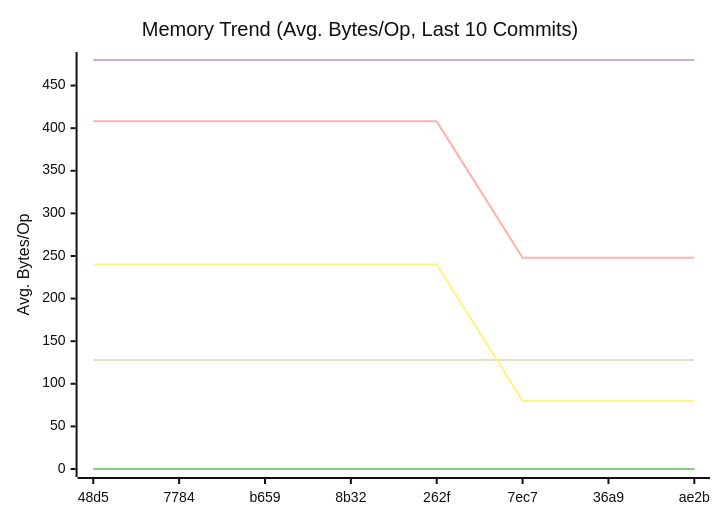
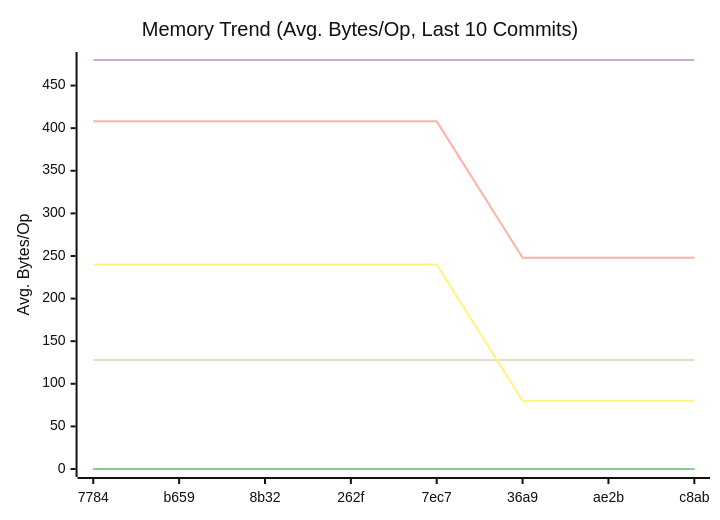
One commit to alsotoes/momo changed the second of 3 diagrams in doc/README.md. Above: the diagram before and after it, drawn with Mermaid (neutral theme). The commit also changed other lines of this file and 1 other file, not shown here.

````diff
--- a/doc/README.md
+++ b/doc/README.md
@@ -311,14 +311,14 @@
 ```mermaid
 xychart-beta
     title "Memory Trend (Avg. Bytes/Op, Last 10 Commits)"
     x-axis "Commit"
     y-axis "Avg. Bytes/Op"
-    x-axis [48d5,7784,b659,8b32,262f,7ec7,36a9,ae2b]
+    x-axis [7784,b659,8b32,262f,7ec7,36a9,ae2b,c8ab]
     line "CheckMetricsAndSwap" [0,0,0,0,0,0,0,0,0,0]
     line "IndexDirectTracking" [0,0,0,0,0,0,0,0,0,0]
     line "IndexSearch" [0,0,0,0,0,0,0,0,0,0]
     line "LoadGlobalConfig" [480,480,480,480,480,480,480,480,480,480]
     line "PadString" [128,128,128,128,128,128,128,128,128,128]
     line "ParseReplicationOrder_NoPrealloc" [408,408,408,408,408,248,248,248,248,248]
     line "ParseReplicationOrder_Prealloc" [240,240,240,240,240,80,80,80,80,80]
 ```
````
